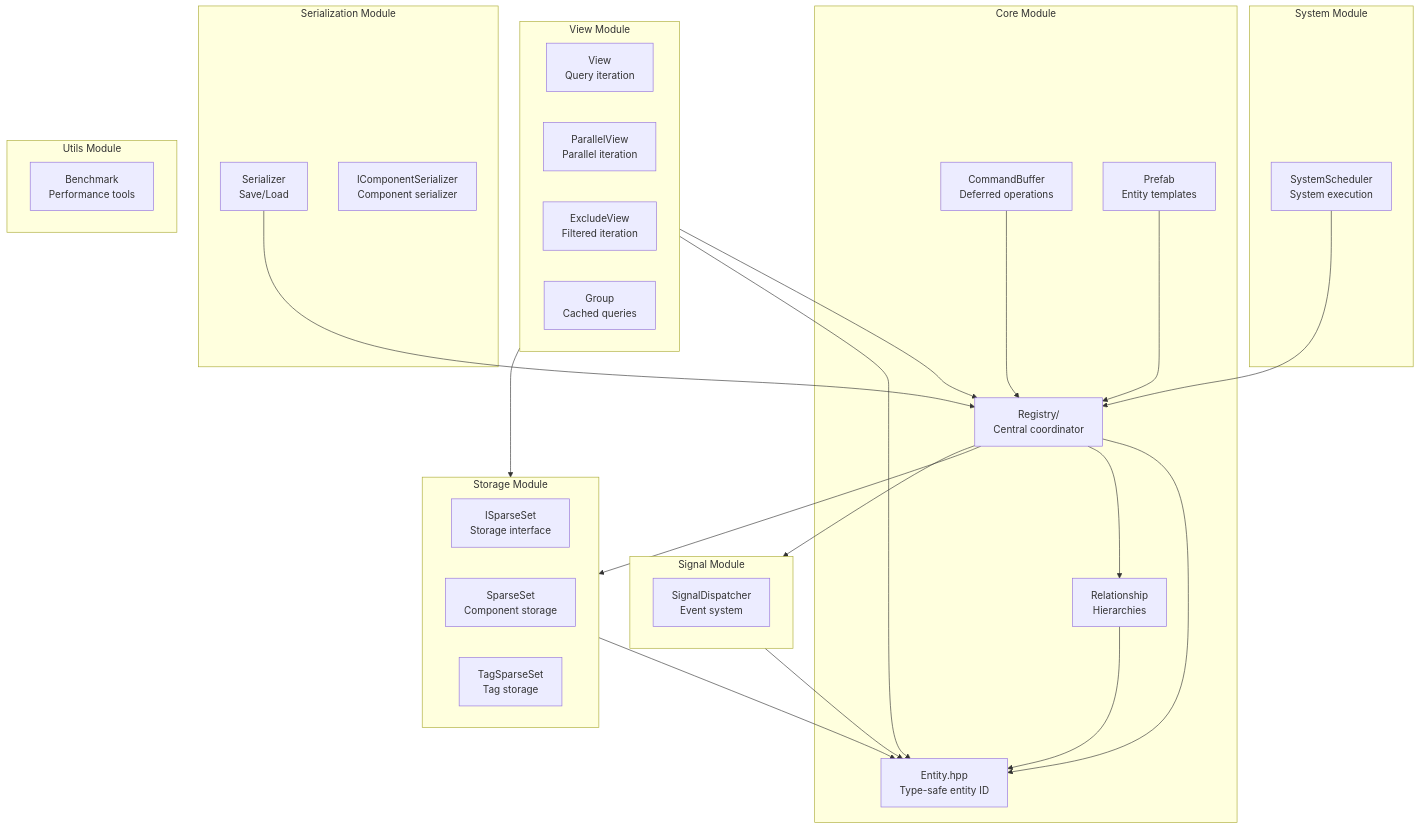
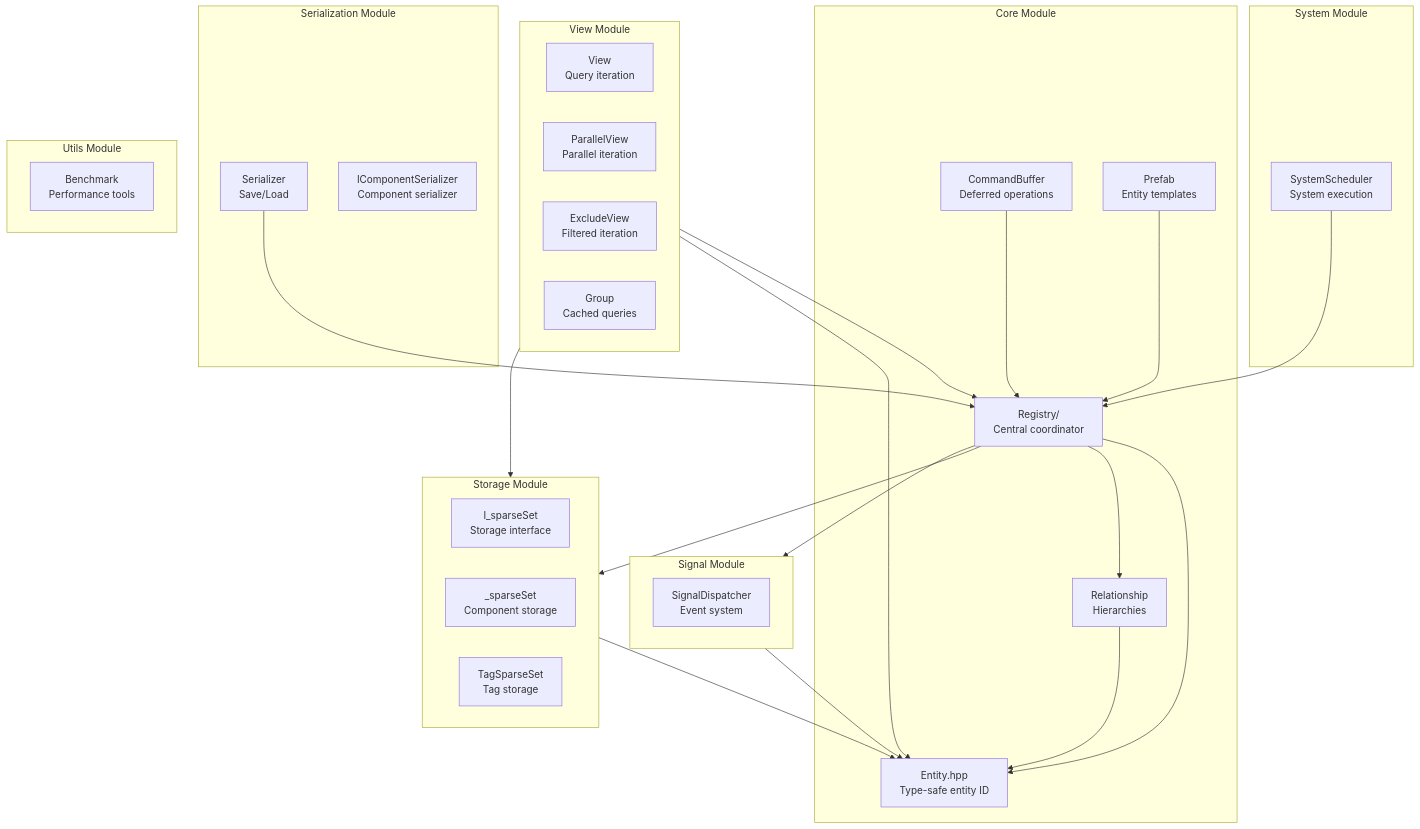
One commit to My-Epitech-Organisation/Rtype changed the second of 12 diagrams in doc/ecs/19_architecture_diagrams.md. Above: the diagram before and after it, drawn with Mermaid. The commit also changed other lines of this file and 48 other files, not shown here.

````diff
--- a/doc/ecs/19_architecture_diagrams.md
+++ b/doc/ecs/19_architecture_diagrams.md
@@ -381,58 +381,58 @@
 ```mermaid
 graph TB
     subgraph Core["Core Module"]
         Entity[Entity.hpp<br/>Type-safe entity ID]
         Registry[Registry/<br/>Central coordinator]
         CommandBuffer[CommandBuffer<br/>Deferred operations]
         Prefab[Prefab<br/>Entity templates]
         Relationship[Relationship<br/>Hierarchies]
     end
     
     subgraph Storage["Storage Module"]
-        ISparseSet[ISparseSet<br/>Storage interface]
-        SparseSet[SparseSet<br/>Component storage]
+        I_sparseSet[I_sparseSet<br/>Storage interface]
+        _sparseSet[_sparseSet<br/>Component storage]
         TagSparseSet[TagSparseSet<br/>Tag storage]
     end
     
     subgraph View["View Module"]
         ViewClass[View<br/>Query iteration]
         ParallelView[ParallelView<br/>Parallel iteration]
         ExcludeView[ExcludeView<br/>Filtered iteration]
         Group[Group<br/>Cached queries]
     end
     
     subgraph Signal["Signal Module"]
         SignalDispatcher[SignalDispatcher<br/>Event system]
     end
     
     subgraph System["System Module"]
         SystemScheduler[SystemScheduler<br/>System execution]
     end
     
     subgraph Serialization["Serialization Module"]
         Serializer[Serializer<br/>Save/Load]
         IComponentSerializer[IComponentSerializer<br/>Component serializer]
     end
     
     subgraph Utils["Utils Module"]
         Benchmark[Benchmark<br/>Performance tools]
     end
     
     Registry --> Entity
     Registry --> Storage
     Registry --> Signal
     Registry --> Relationship
     
     View --> Registry
     View --> Storage
     
     CommandBuffer --> Registry
     Prefab --> Registry
     SystemScheduler --> Registry
     Serializer --> Registry
     
     Storage --> Entity
     View --> Entity
     Signal --> Entity
     Relationship --> Entity
 ```
````
